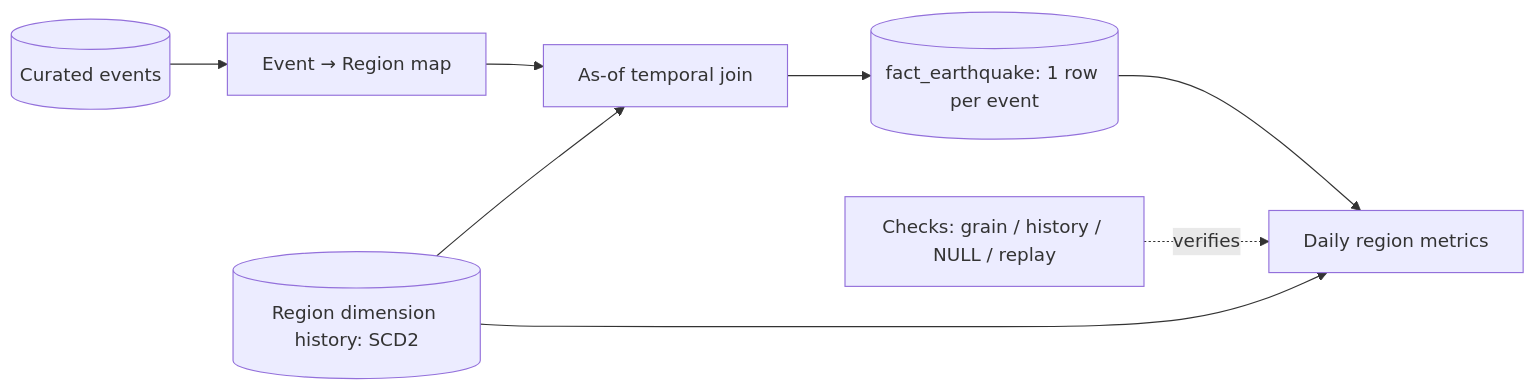
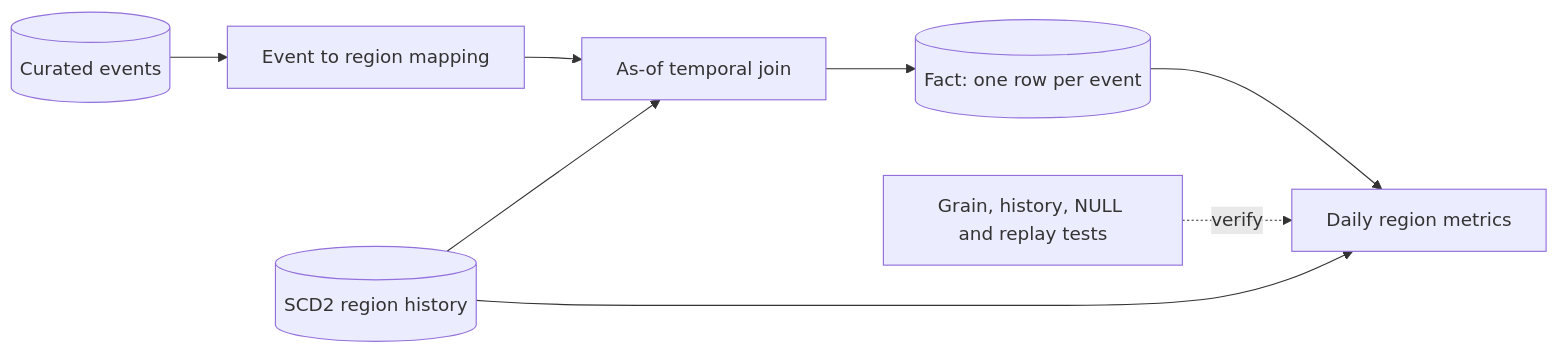
Before and after one commit to MeiRR17/data-engineering-mastery: the diagram in labs/05-modeling/README.md, drawn with Mermaid. The commit also changed other lines of this file and 82 other files, not shown here.

```diff
--- a/labs/05-modeling/README.md
+++ b/labs/05-modeling/README.md
@@ -11,10 +9,10 @@
 ~~~mermaid
 flowchart LR
-  A[(Curated events)] --> B[Event → Region map]
-  C[(Region dimension history: SCD2)] --> D[As-of temporal join]
+  A[(Curated events)] --> B[Event to region mapping]
+  C[(SCD2 region history)] --> D[As-of temporal join]
   B --> D
-  D --> E[(fact_earthquake: 1 row per event)]
+  D --> E[(Fact: one row per event)]
   E --> F[Daily region metrics]
   C --> F
-  G[Checks: grain / history / NULL / replay] -. verifies .-> F
+  G[Grain, history, NULL and replay tests] -. verify .-> F
 ~~~
```
